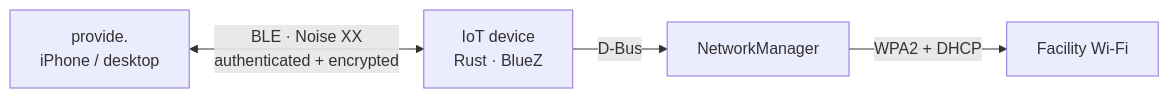
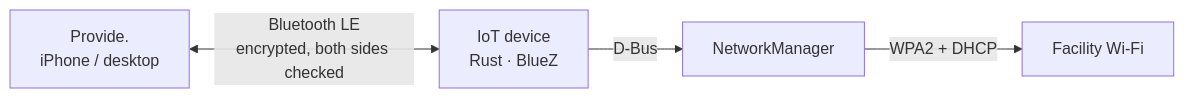
Before and after one commit to NoeBrt/Teton-Provide: the diagram in README.md, drawn with Mermaid. The commit also changed other lines of this file and 8 other files, not shown here.

First line of the commit message:
docs: workshop CLI, customers, revocation as a next step, timeline

````diff
--- a/README.md
+++ b/README.md
@@ -143,6 +140,6 @@
 ```mermaid
 flowchart LR
-    A["provide.<br/>iPhone / desktop"] <-->|"BLE · Noise XX<br/>authenticated + encrypted"| B["IoT device<br/>Rust · BlueZ"]
+    A["Provide.<br/>iPhone / desktop"] <-->|"Bluetooth LE<br/>encrypted, both sides checked"| B["IoT device<br/>Rust · BlueZ"]
     B -->|"D-Bus"| C[NetworkManager]
     C -->|"WPA2 + DHCP"| D[Facility Wi-Fi]
 ```
````
